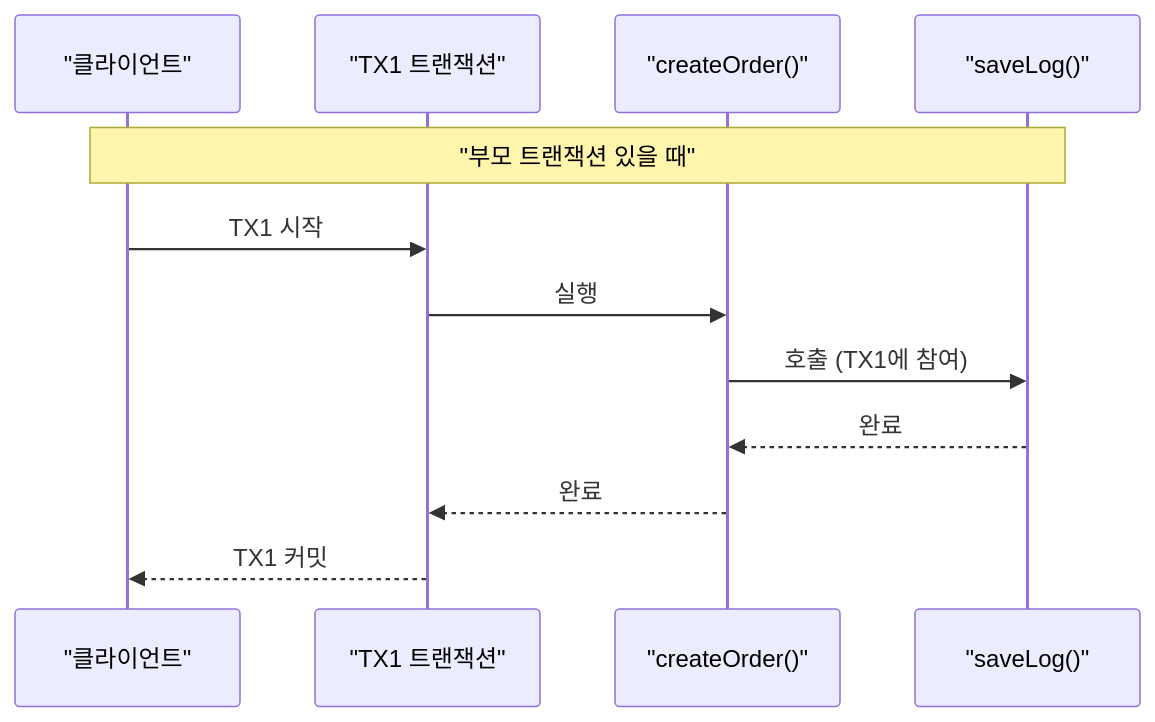
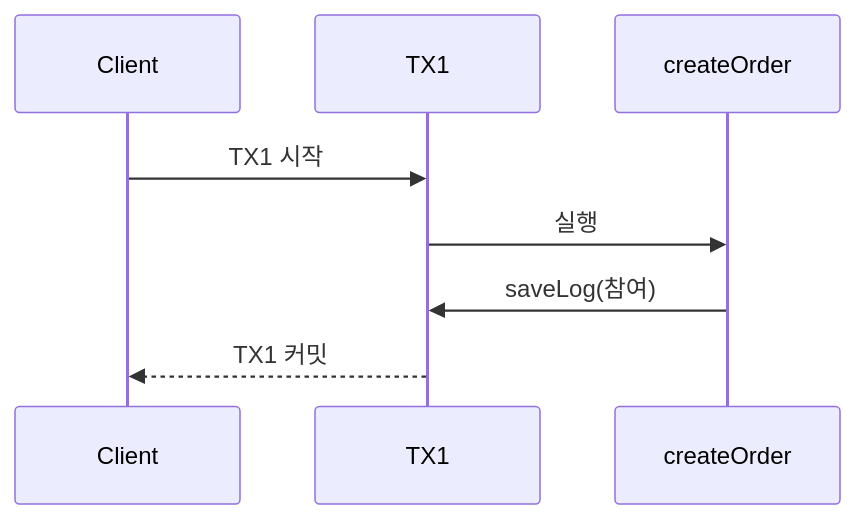
The third of 3 diagrams in _posts/spring/2026-05-01-spring-transaction.md (yjkim2015/yjkim2015.github.io), drawn with Mermaid before and after one commit. The commit also changed other lines of this file and 155 other files, not shown here.

First line of the commit message:
Mermaid 전면 수정: subgraph 제거, participant/노드/줄수 축소 (342블록)

````diff
--- a/_posts/spring/2026-05-01-spring-transaction.md
+++ b/_posts/spring/2026-05-01-spring-transaction.md
@@ -129,14 +125,10 @@
 ```mermaid
 sequenceDiagram
-    participant C as "클라이언트"
-    participant TX1 as "TX1 트랜잭션"
-    participant CO as "createOrder()"
-    participant SL as "saveLog()"
-    Note over C,SL: "부모 트랜잭션 있을 때"
+    participant C as Client
+    participant TX1 as TX1
+    participant CO as createOrder
     C->>TX1: TX1 시작
     TX1->>CO: 실행
-    CO->>SL: 호출 (TX1에 참여)
-    SL-->>CO: 완료
-    CO-->>TX1: 완료
+    CO->>TX1: saveLog(참여)
     TX1-->>C: TX1 커밋
 ```
````
